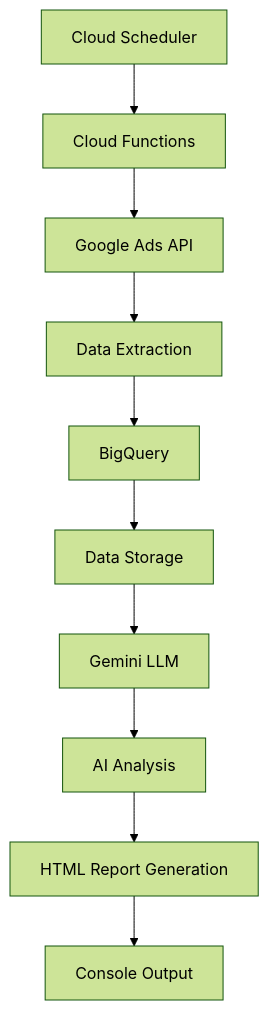
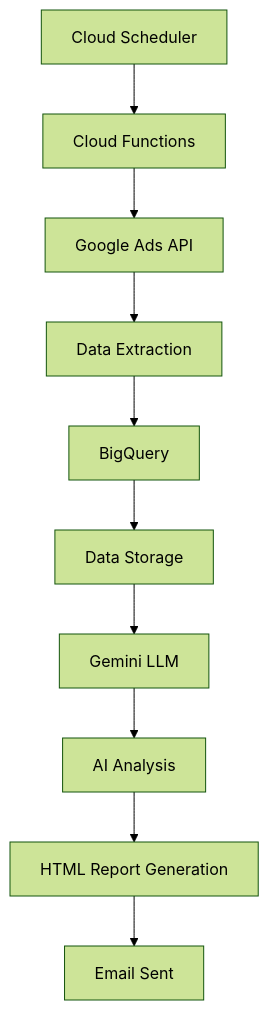
One commit to tayloroh98/Senior changed the diagram in README.md. Above: the diagram before and after it, drawn with Mermaid (forest theme).

````diff
--- a/README.md
+++ b/README.md
@@ -114,12 +114,12 @@
 ```mermaid
 graph TD
     A[Cloud Scheduler] --> B[Cloud Functions]
     B --> C[Google Ads API]
     C --> D[Data Extraction]
     D --> E[BigQuery]
     E --> F[Data Storage]
     F --> G[Gemini LLM]
     G --> H[AI Analysis]
     H --> I[HTML Report Generation]
-    I --> J[Console Output]
+    I --> J[Email Sent]
 ```
````
